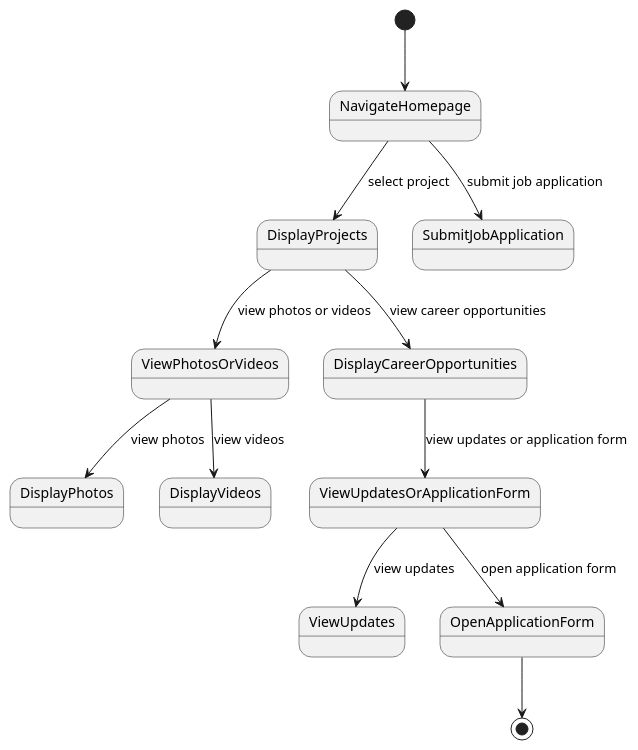
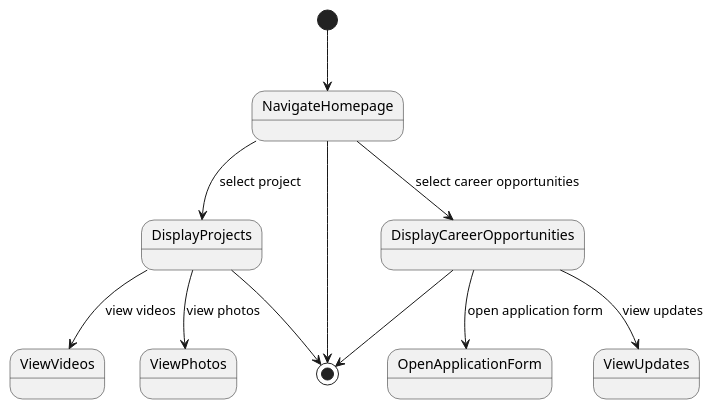
The diagram in results/plantuml_pipeline/runs/open_source__llama31_8b_instruct__rag_validation_generator_critic_repair/case_39_website_development/run_01.repair_01.puml (maimunafaria/State_transition_Diagram_generated_by_LLM), drawn with PlantUML before and after one commit. The commit also changed 210 other files, not shown here.

```diff
--- a/results/plantuml_pipeline/runs/open_source__llama31_8b_instruct__rag_validation_generator_critic_repair/case_39_website_development/run_01.repair_01.puml
+++ b/results/plantuml_pipeline/runs/open_source__llama31_8b_instruct__rag_validation_generator_critic_repair/case_39_website_development/run_01.repair_01.puml
@@ -1,13 +1,12 @@
 @startuml
 [*] --> NavigateHomepage
 NavigateHomepage --> DisplayProjects : select project
-DisplayProjects --> ViewPhotosOrVideos : view photos or videos
-ViewPhotosOrVideos --> DisplayPhotos : view photos
-ViewPhotosOrVideos --> DisplayVideos : view videos
-DisplayProjects --> DisplayCareerOpportunities : view career opportunities
-DisplayCareerOpportunities --> ViewUpdatesOrApplicationForm : view updates or application form
-ViewUpdatesOrApplicationForm --> ViewUpdates : view updates
-ViewUpdatesOrApplicationForm --> OpenApplicationForm : open application form
-NavigateHomepage --> SubmitJobApplication : submit job application
-OpenApplicationForm --> [*]
+DisplayProjects --> ViewPhotos : view photos
+DisplayProjects --> ViewVideos : view videos
+NavigateHomepage --> DisplayCareerOpportunities : select career opportunities
+DisplayCareerOpportunities --> ViewUpdates : view updates
+DisplayCareerOpportunities --> OpenApplicationForm : open application form
+NavigateHomepage --> [*]
+DisplayProjects --> [*]
+DisplayCareerOpportunities --> [*]
 @enduml
```
